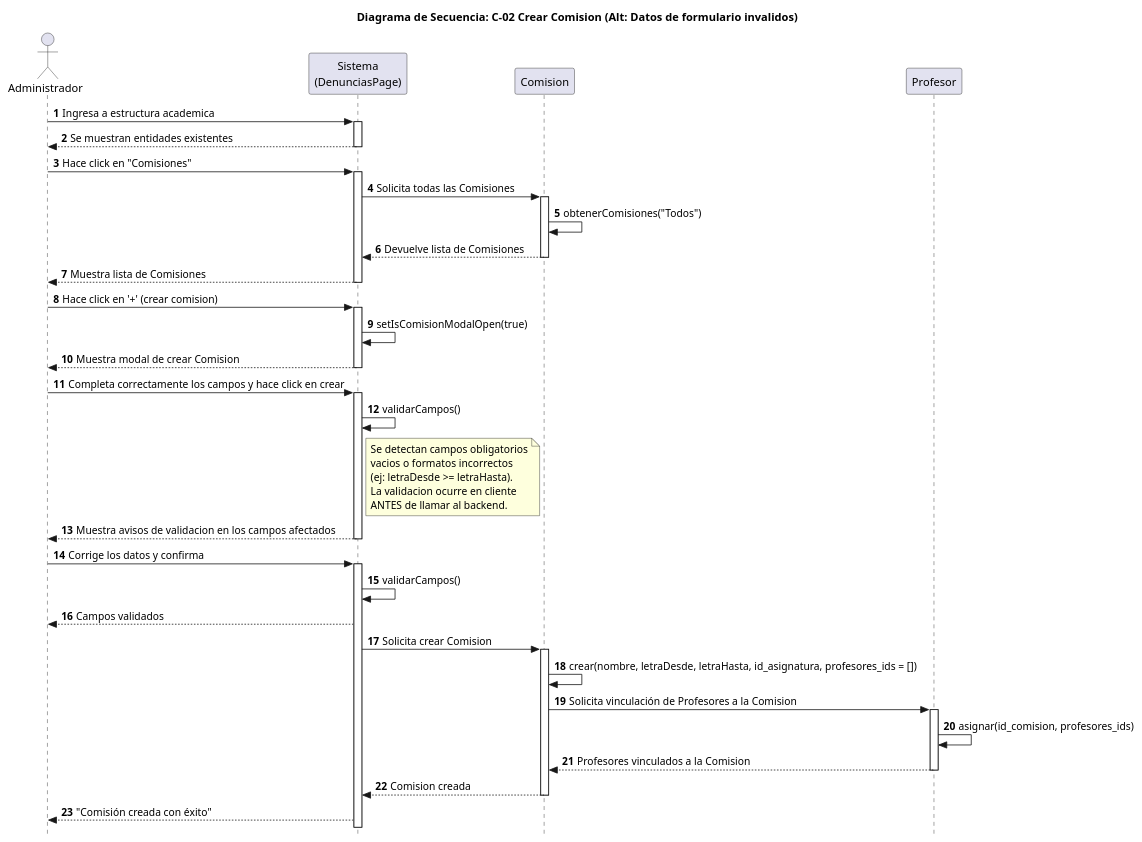
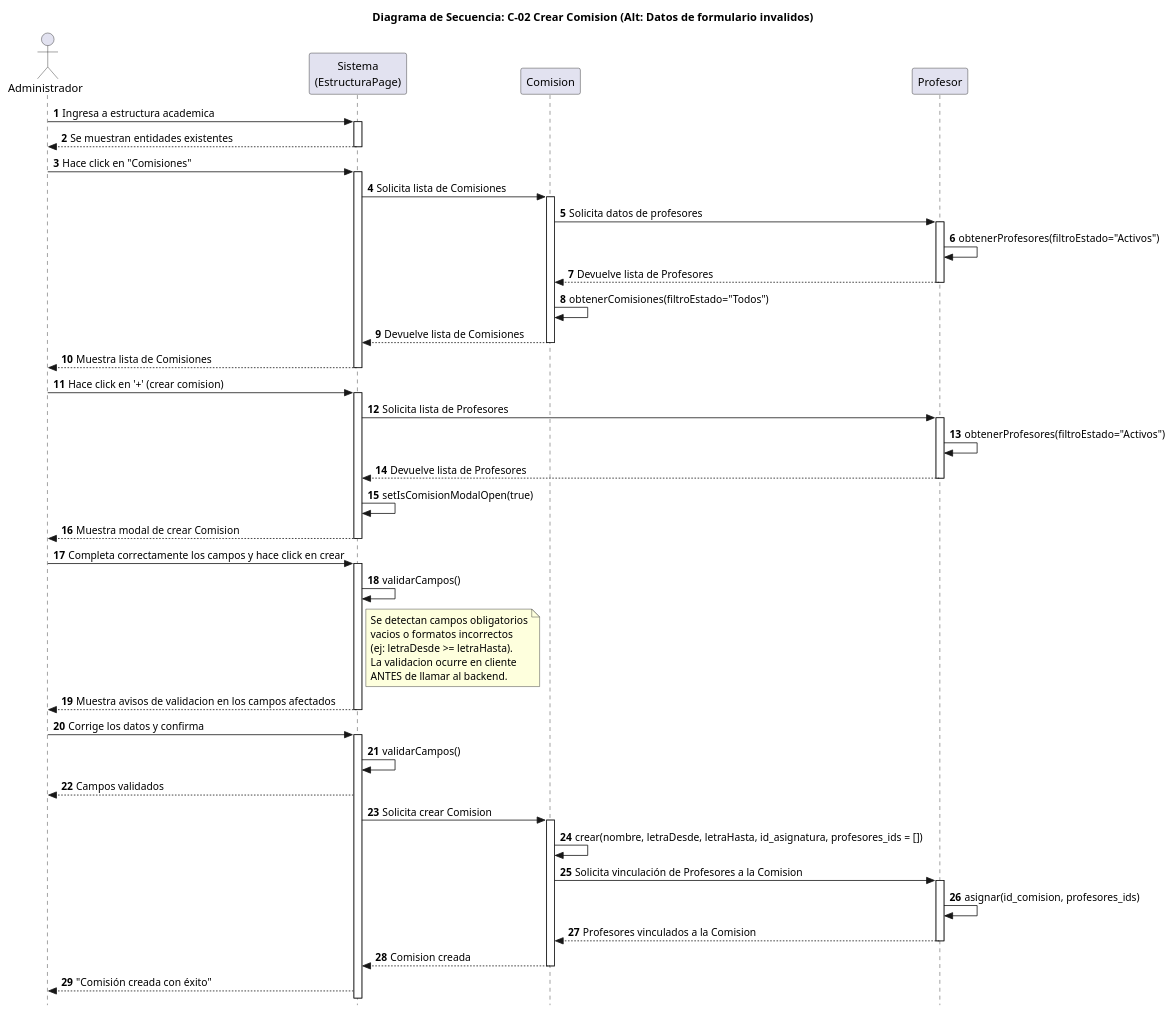
The diagram in docs/puml/diagramas_de_Secuencia_Sabrina/C-02 Crear Comisión (Datos de formulario inválidos).puml (SantiagoScetti/sic-unne-admin), drawn with PlantUML before and after one commit. The commit also changed 3 other files, not shown here.

Commit message:
Cambios en codigos uml para diagrama de secuencias

```diff
--- a/docs/puml/diagramas_de_Secuencia_Sabrina/C-02 Crear Comisión (Datos de formulario inválidos).puml
+++ b/docs/puml/diagramas_de_Secuencia_Sabrina/C-02 Crear Comisión (Datos de formulario inválidos).puml
@@ -1,64 +1,74 @@
 @startuml
 
 title Diagrama de Secuencia: C-02 Crear Comision (Alt: Datos de formulario invalidos)
 
 skinparam style strictuml
 skinparam ParticipantPadding 30
 skinparam BoxPadding 12
 
 autonumber
 
 actor Administrador
-participant "Sistema\n(DenunciasPage)" as Interfaz
+participant "Sistema\n(EstructuraPage)" as Interfaz
 participant "Comision"
 Administrador -> Interfaz: Ingresa a estructura academica
 activate Interfaz
 Interfaz --> Administrador: Se muestran entidades existentes
 deactivate Interfaz
 
 Administrador -> Interfaz: Hace click en "Comisiones"
 activate Interfaz
-Interfaz -> Comision: Solicita todas las Comisiones
+Interfaz -> Comision: Solicita lista de Comisiones
 activate Comision
-Comision -> Comision: obtenerComisiones("Todos")
+Comision -> Profesor: Solicita datos de profesores
+activate Profesor
+Profesor -> Profesor: obtenerProfesores(filtroEstado="Activos")
+Profesor --> Comision: Devuelve lista de Profesores
+deactivate Profesor
+Comision -> Comision: obtenerComisiones(filtroEstado="Todos")
 Comision --> Interfaz: Devuelve lista de Comisiones
 deactivate Comision
 Interfaz --> Administrador: Muestra lista de Comisiones
 deactivate Interfaz
 Administrador -> Interfaz: Hace click en '+' (crear comision)
 activate Interfaz
+Interfaz -> Profesor: Solicita lista de Profesores
+activate Profesor
+Profesor -> Profesor: obtenerProfesores(filtroEstado="Activos")
+Profesor --> Interfaz: Devuelve lista de Profesores
+deactivate Profesor
 Interfaz -> Interfaz: setIsComisionModalOpen(true)
 Interfaz --> Administrador: Muestra modal de crear Comision
 deactivate Interfaz
 Administrador -> Interfaz: Completa correctamente los campos y hace click en crear
 activate Interfaz
 Interfaz -> Interfaz: validarCampos()
 
 note right of Interfaz
   Se detectan campos obligatorios
   vacios o formatos incorrectos
   (ej: letraDesde >= letraHasta).
   La validacion ocurre en cliente
   ANTES de llamar al backend.
 end note
 
 Interfaz --> Administrador: Muestra avisos de validacion en los campos afectados
 deactivate Interfaz
 
 Administrador -> Interfaz: Corrige los datos y confirma
 activate Interfaz
 Interfaz -> Interfaz: validarCampos()
 Interfaz --> Administrador: Campos validados
 Interfaz -> Comision: Solicita crear Comision
 activate Comision
 Comision -> Comision: crear(nombre, letraDesde, letraHasta, id_asignatura, profesores_ids = [])
 Comision -> Profesor: Solicita vinculación de Profesores a la Comision
 activate Profesor
 Profesor -> Profesor: asignar(id_comision, profesores_ids)
 Profesor --> Comision: Profesores vinculados a la Comision
 deactivate Profesor
 Comision --> Interfaz: Comision creada
 deactivate Comision
 Interfaz --> Administrador: "Comisión creada con éxito"
 
 @enduml
```
